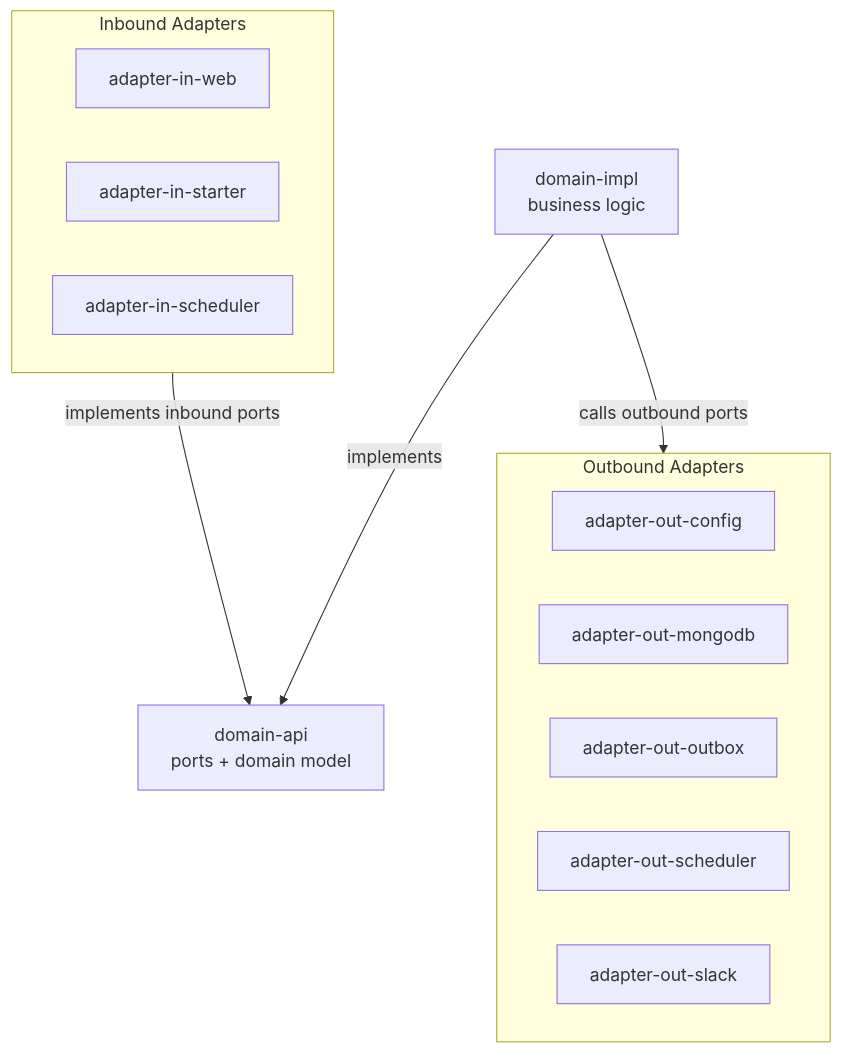
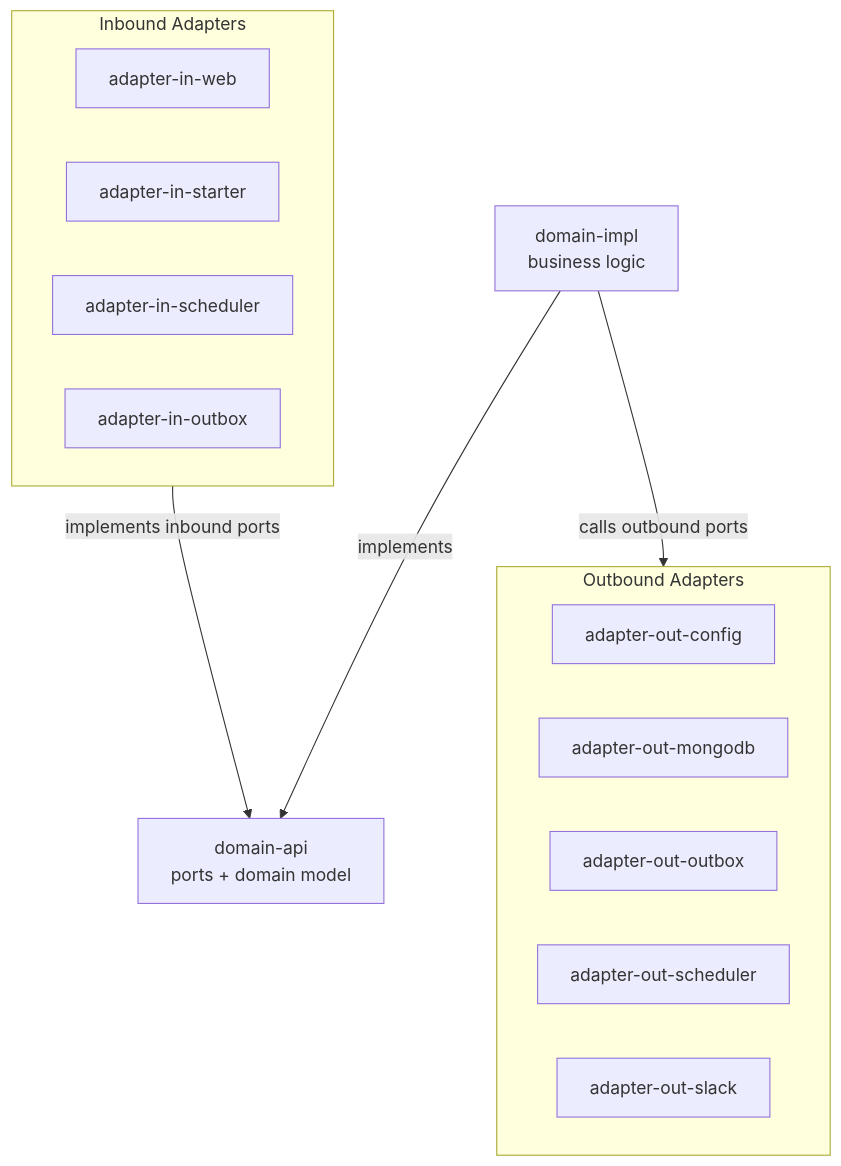
The second of 4 diagrams in docs/arc42/arc42.md (christiangroth/james-platform), drawn with Mermaid before and after one commit. The commit also changed other lines of this file and 8 other files, not shown here.

First line of the commit message:
Split outbox dispatcher into adapter-in-outbox per architecture rules

````diff
--- a/docs/arc42/arc42.md
+++ b/docs/arc42/arc42.md
@@ -225,23 +225,24 @@
 ```mermaid
 flowchart TB
     subgraph Inbound["Inbound Adapters"]
         AIW["adapter-in-web"]
         AIS["adapter-in-starter"]
         AISC["adapter-in-scheduler"]
+        AIO["adapter-in-outbox"]
     end
 
     DA["domain-api<br/>ports + domain model"]
     DI["domain-impl<br/>business logic"]
 
     subgraph Outbound["Outbound Adapters"]
         AOC["adapter-out-config"]
         AOM["adapter-out-mongodb"]
         AOO["adapter-out-outbox"]
         AOS["adapter-out-scheduler"]
         AOSL["adapter-out-slack"]
     end
 
     Inbound -->|implements inbound ports| DA
     DI -->|implements| DA
     DI -->|calls outbound ports| Outbound
 ```
````
